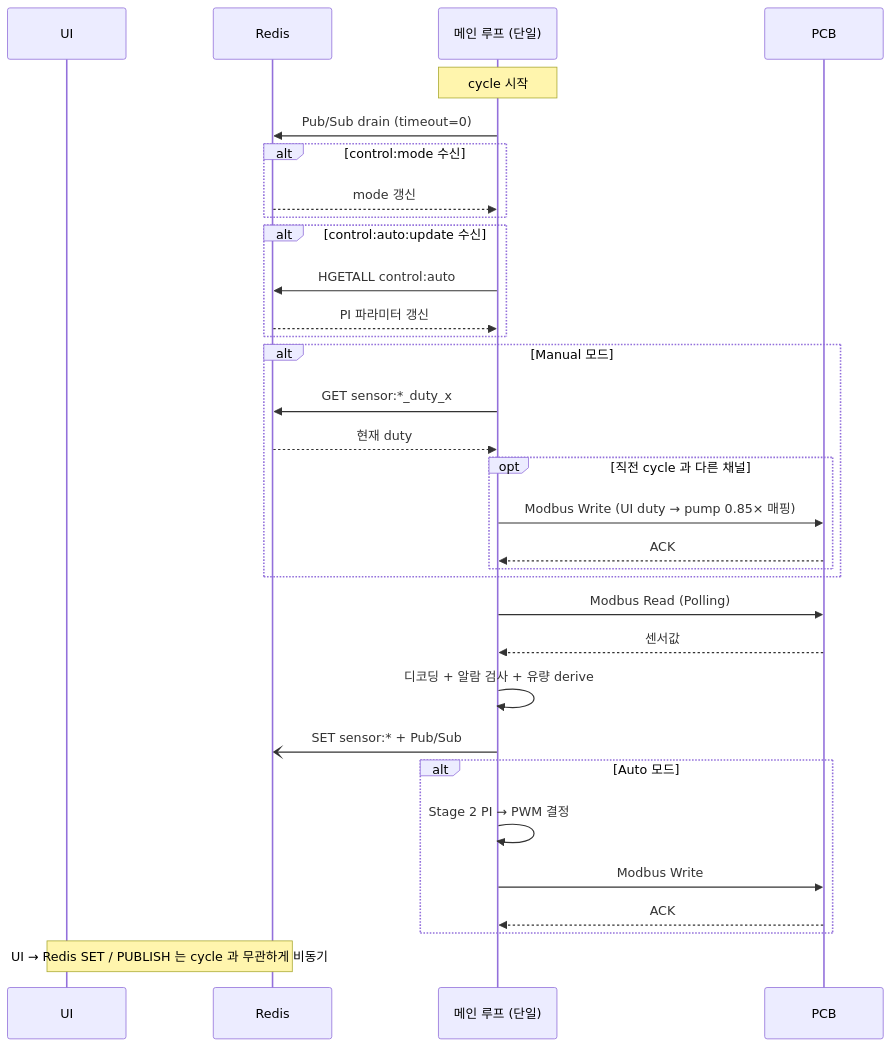
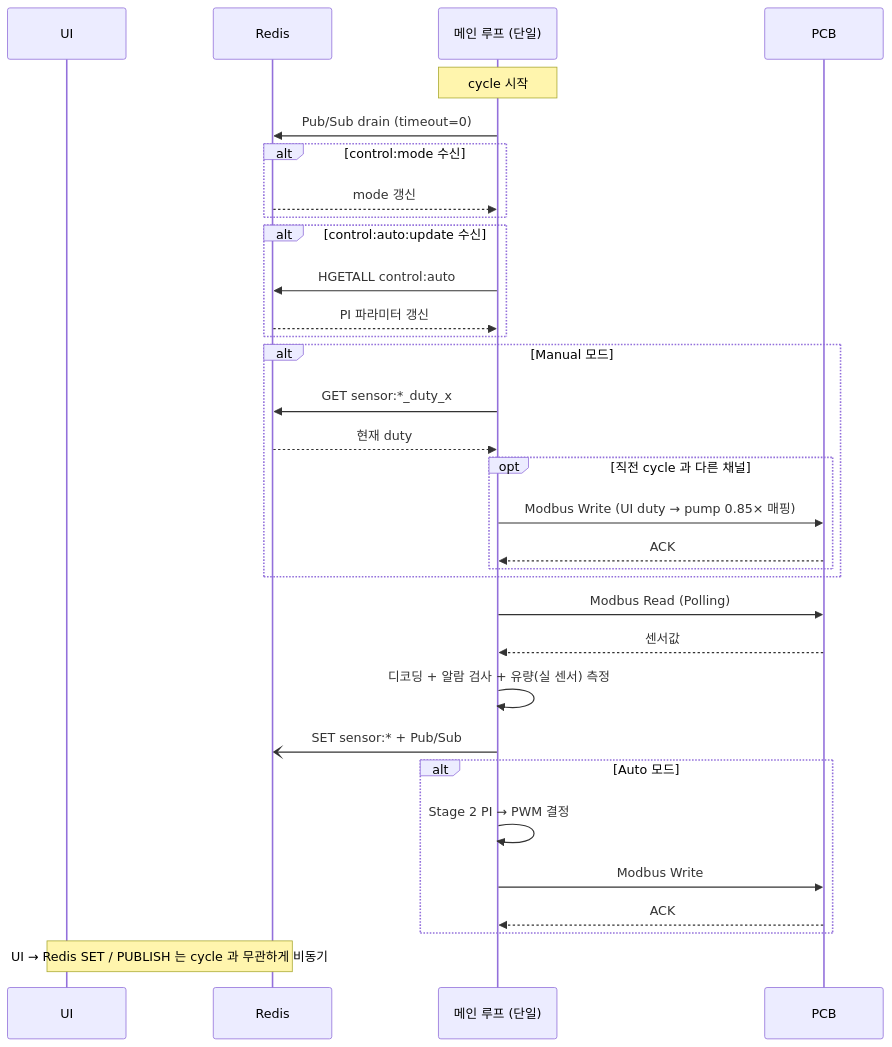
Before and after one commit to DEEPGadget/L2A_CDU_system: the diagram in docs/MCG.md, drawn with Mermaid. The commit also changed other lines of this file and 8 other files, not shown here.

````diff
--- a/docs/MCG.md
+++ b/docs/MCG.md
@@ -137,39 +137,39 @@
 ```mermaid
 sequenceDiagram
     participant UI as UI
     participant Redis as Redis
     participant Main as 메인 루프 (단일)
     participant PCB as PCB
 
     Note over Main: cycle 시작
     Main->>Redis: Pub/Sub drain (timeout=0)
     alt control:mode 수신
         Redis-->>Main: mode 갱신
     end
     alt control:auto:update 수신
         Main->>Redis: HGETALL control:auto
         Redis-->>Main: PI 파라미터 갱신
     end
 
     alt Manual 모드
         Main->>Redis: GET sensor:*_duty_x
         Redis-->>Main: 현재 duty
         opt 직전 cycle 과 다른 채널
             Main->>PCB: Modbus Write (UI duty → pump 0.85× 매핑)
             PCB-->>Main: ACK
         end
     end
 
     Main->>PCB: Modbus Read (Polling)
     PCB-->>Main: 센서값
-    Main->>Main: 디코딩 + 알람 검사 + 유량 derive
+    Main->>Main: 디코딩 + 알람 검사 + 유량(실 센서) 측정
     Main-)Redis: SET sensor:* + Pub/Sub
 
     alt Auto 모드
         Main->>Main: Stage 2 PI → PWM 결정
         Main->>PCB: Modbus Write
         PCB-->>Main: ACK
     end
 
     Note over UI,Redis: UI → Redis SET / PUBLISH 는 cycle 과 무관하게 비동기
 ```
````
